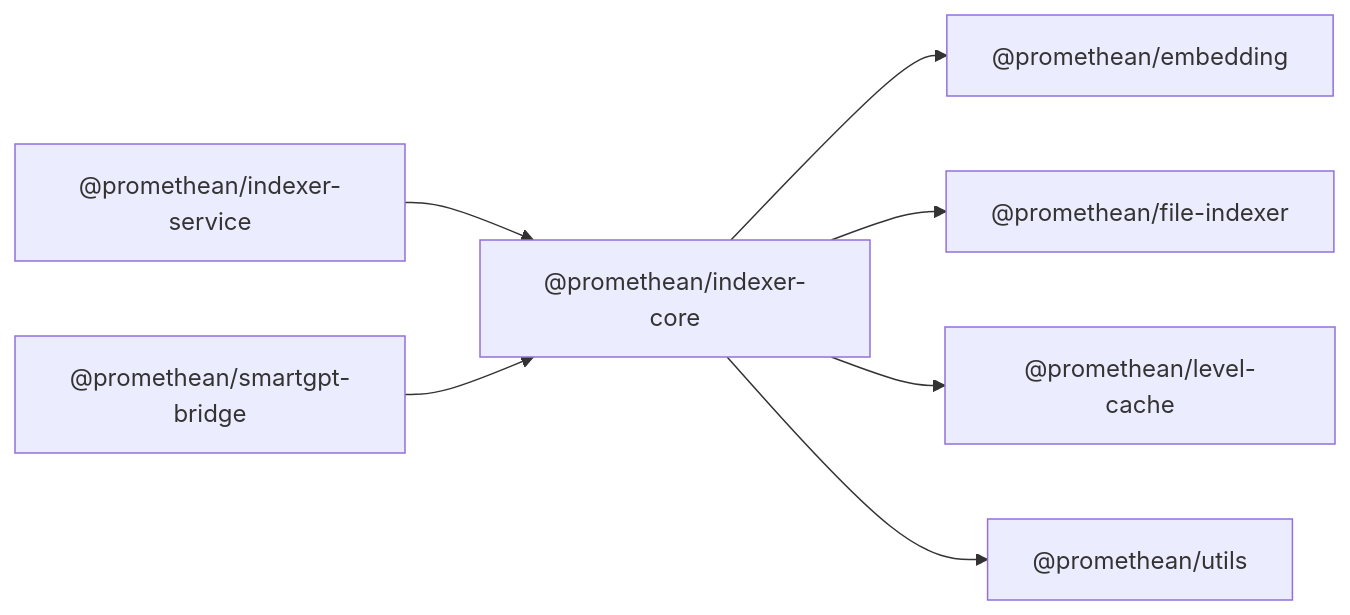
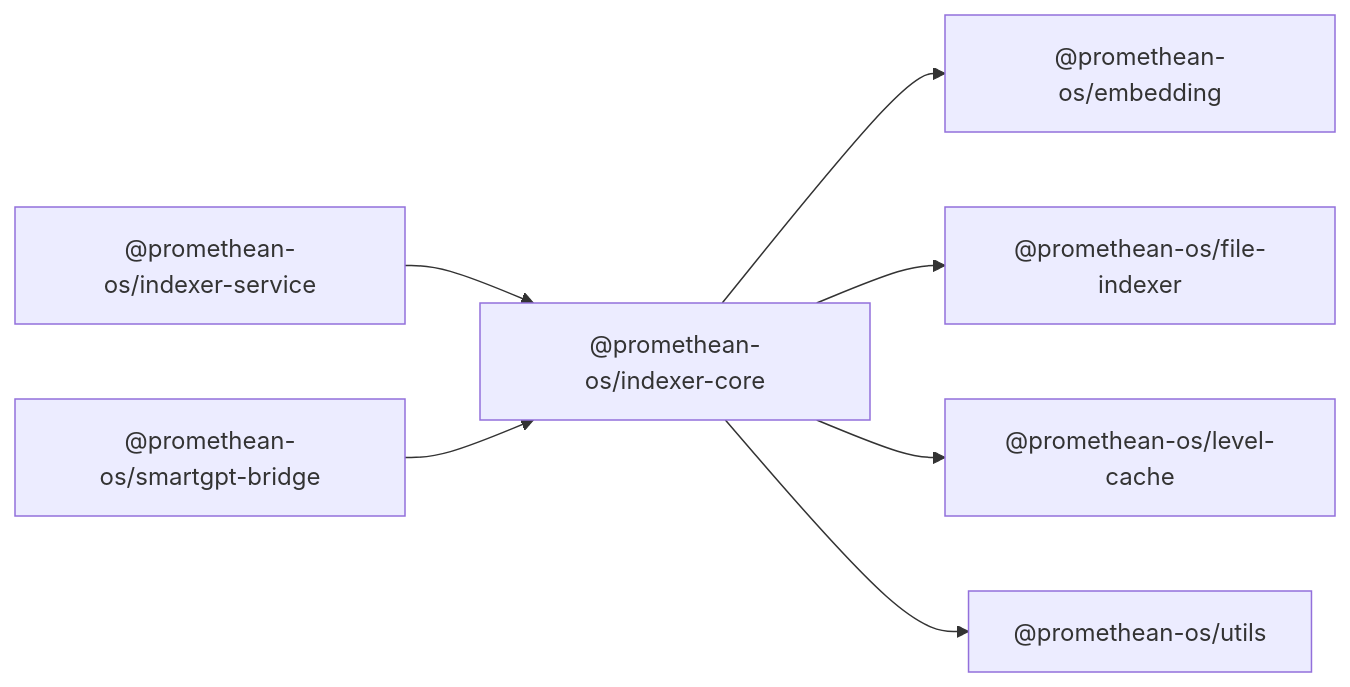
Before and after one commit to octave-commons/promethean: the diagram in docs/packages/indexer-core/README.md, drawn with Mermaid. The commit also changed other lines of this file and 1753 other files, not shown here.

````diff
--- a/docs/packages/indexer-core/README.md
+++ b/docs/packages/indexer-core/README.md
@@ -14,22 +14,22 @@
 ```mermaid
 graph LR
-  A["@promethean/indexer-core"]
-  D1["@promethean/embedding"]
-  D2["@promethean/file-indexer"]
-  D3["@promethean/level-cache"]
-  D4["@promethean/utils"]
-  R1["@promethean/indexer-service"]
-  R2["@promethean/smartgpt-bridge"]
-  A --> D1["@promethean/embedding"]
-  A --> D2["@promethean/file-indexer"]
-  A --> D3["@promethean/level-cache"]
-  A --> D4["@promethean/utils"]
-  R1["@promethean/indexer-service"] --> A
-  R2["@promethean/smartgpt-bridge"] --> A
-  click D1 "../embedding/README.md" "@promethean/embedding"
-  click D2 "../file-indexer/README.md" "@promethean/file-indexer"
-  click D3 "../level-cache/README.md" "@promethean/level-cache"
-  click D4 "../utils/README.md" "@promethean/utils"
-  click R1 "../indexer-service/README.md" "@promethean/indexer-service"
-  click R2 "../smartgpt-bridge/README.md" "@promethean/smartgpt-bridge"
+  A["@promethean-os/indexer-core"]
+  D1["@promethean-os/embedding"]
+  D2["@promethean-os/file-indexer"]
+  D3["@promethean-os/level-cache"]
+  D4["@promethean-os/utils"]
+  R1["@promethean-os/indexer-service"]
+  R2["@promethean-os/smartgpt-bridge"]
+  A --> D1["@promethean-os/embedding"]
+  A --> D2["@promethean-os/file-indexer"]
+  A --> D3["@promethean-os/level-cache"]
+  A --> D4["@promethean-os/utils"]
+  R1["@promethean-os/indexer-service"] --> A
+  R2["@promethean-os/smartgpt-bridge"] --> A
+  click D1 "../embedding/README.md" "@promethean-os/embedding"
+  click D2 "../file-indexer/README.md" "@promethean-os/file-indexer"
+  click D3 "../level-cache/README.md" "@promethean-os/level-cache"
+  click D4 "../utils/README.md" "@promethean-os/utils"
+  click R1 "../indexer-service/README.md" "@promethean-os/indexer-service"
+  click R2 "../smartgpt-bridge/README.md" "@promethean-os/smartgpt-bridge"
 ```
````
